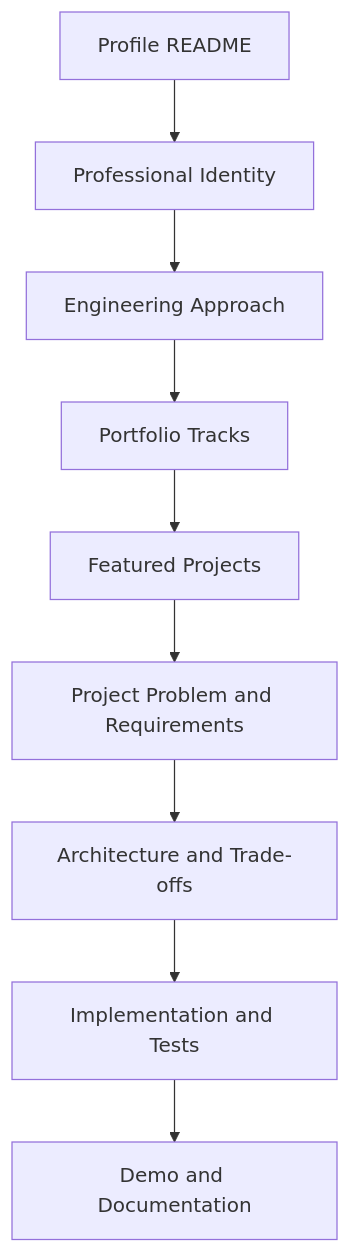
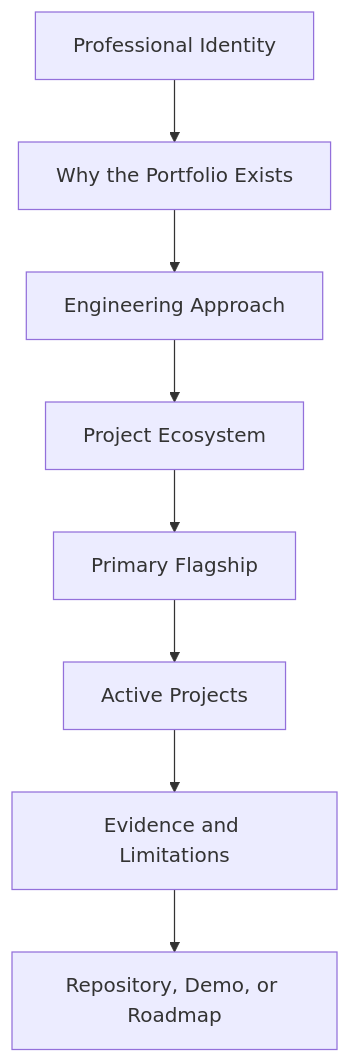
Before and after one commit to SouravKh-7/git_portfolio: the diagram in docs/portfolio_strategy.md, drawn with Mermaid. The commit also changed other lines of this file and 13 other files, not shown here.

Commit message:
Restructure portfolio around data engineering projects

````diff
--- a/docs/portfolio_strategy.md
+++ b/docs/portfolio_strategy.md
@@ -38,11 +37,10 @@
 ```mermaid
 flowchart TD
-    A[Profile README] --> B[Professional Identity]
+    A[Professional Identity] --> B[Why the Portfolio Exists]
     B --> C[Engineering Approach]
-    C --> D[Portfolio Tracks]
-    D --> E[Featured Projects]
-    E --> F[Project Problem and Requirements]
-    F --> G[Architecture and Trade-offs]
-    G --> H[Implementation and Tests]
-    H --> I[Demo and Documentation]
+    C --> D[Project Ecosystem]
+    D --> E[Primary Flagship]
+    E --> F[Active Projects]
+    F --> G[Evidence and Limitations]
+    G --> H[Repository, Demo, or Roadmap]
 ```
````
